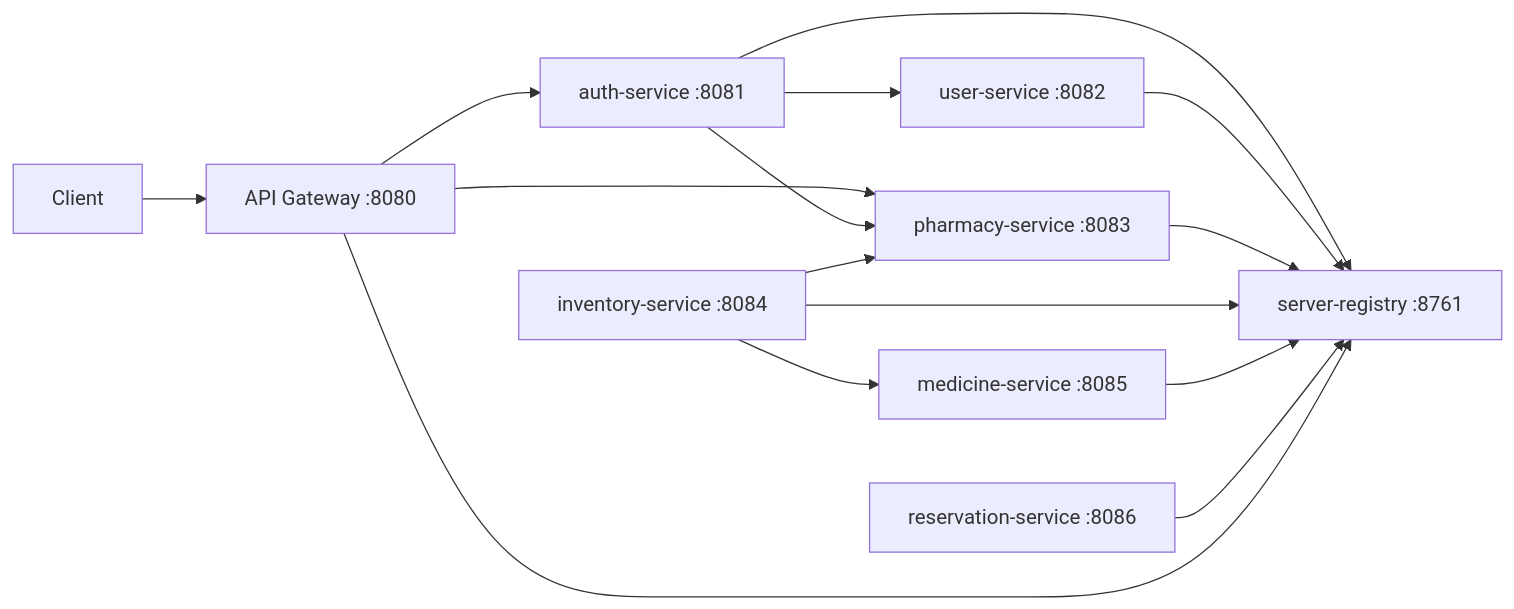
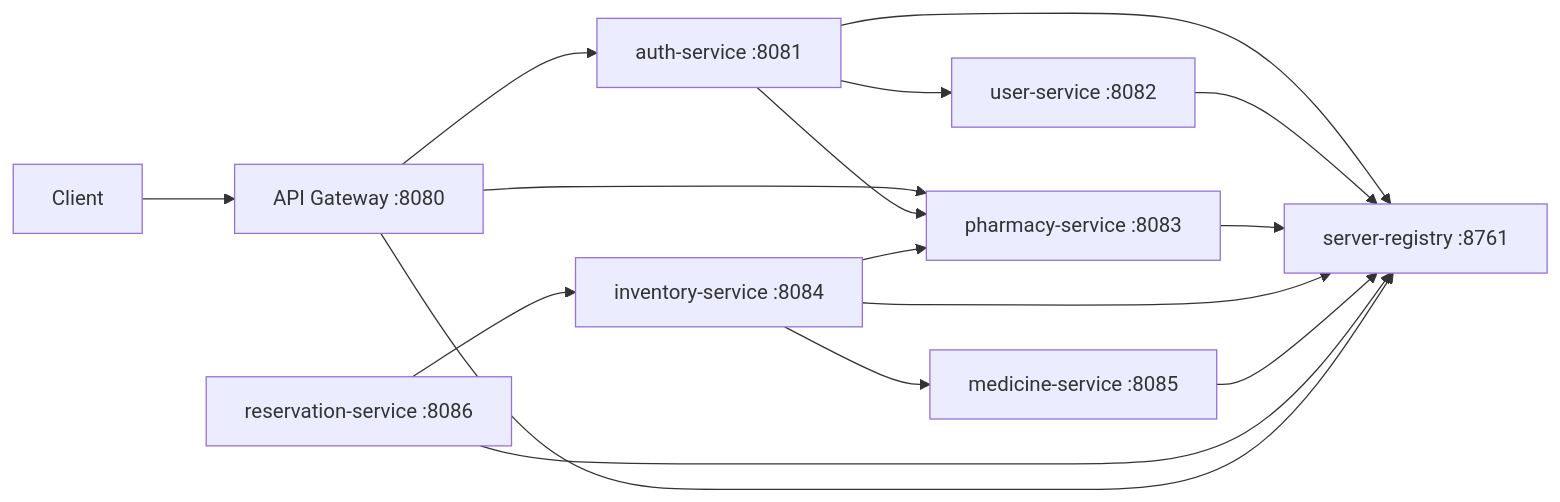
One commit to soumenmaity3/Pharmacy-app changed the diagram in README.md. Above: the diagram before and after it, drawn with Mermaid. The commit also changed other lines of this file, not shown here.

Commit message:
Update README for reservation service

````diff
--- a/README.md
+++ b/README.md
@@ -31,19 +31,20 @@
 ```mermaid
 flowchart LR
     Client --> Gateway["API Gateway :8080"]
     Gateway --> Auth["auth-service :8081"]
     Gateway --> Pharm["pharmacy-service :8083"]
 
     Auth --> Registry["server-registry :8761"]
     User["user-service :8082"] --> Registry
     Pharm --> Registry
     Inventory["inventory-service :8084"] --> Registry
     Medicine["medicine-service :8085"] --> Registry
     Reservation["reservation-service :8086"] --> Registry
     Gateway --> Registry
 
     Auth --> User
     Auth --> Pharm
     Inventory --> Pharm
     Inventory --> Medicine
+    Reservation --> Inventory
 ```
````
